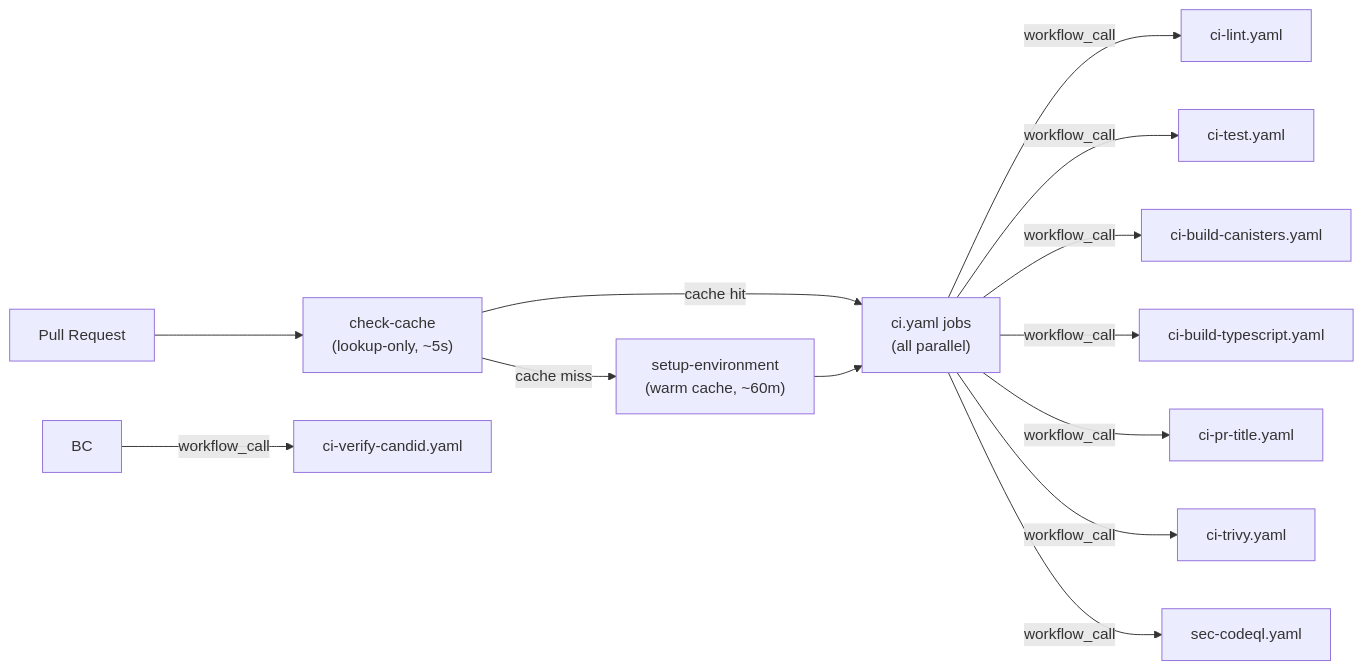
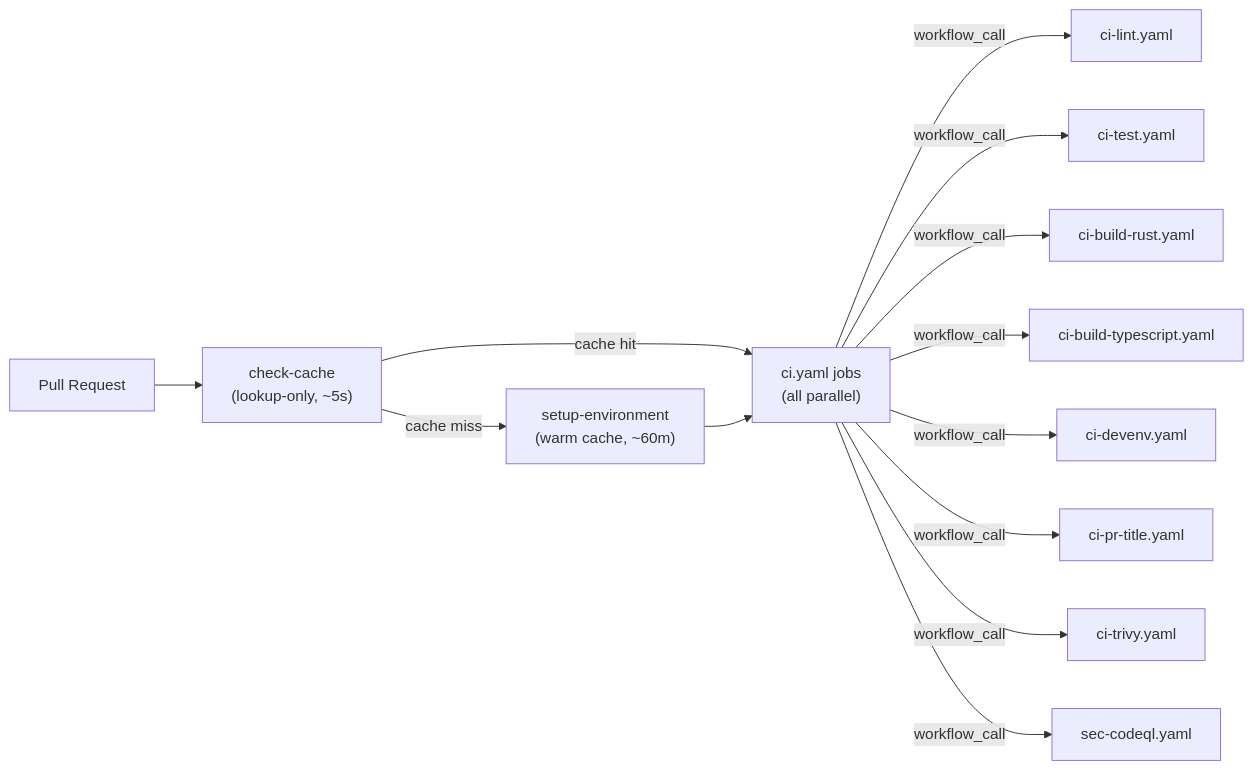
The third of 3 diagrams in docs/ci-cd.md (irken-empire/ic-siwa), drawn with Mermaid before and after one commit. The commit also changed other lines of this file and 10 other files, not shown here.

````diff
--- a/docs/ci-cd.md
+++ b/docs/ci-cd.md
@@ -64,17 +84,17 @@
 ```mermaid
 graph LR
-    PR["Pull Request"] --> CC["check-cache<br/>(lookup-only, ~5s)"]
+    PR["Pull Request"] --> CC["check-cache\n(lookup-only, ~5s)"]
 
-    CC --> |cache hit| CI["ci.yaml jobs<br/>(all parallel)"]
-    CC --> |cache miss| SE["setup-environment<br/>(warm cache, ~60m)"]
+    CC --> |cache hit| CI["ci.yaml jobs\n(all parallel)"]
+    CC --> |cache miss| SE["setup-environment\n(warm cache, ~60m)"]
     SE --> CI
 
     CI --> |workflow_call| CI_LINT["ci-lint.yaml"]
     CI --> |workflow_call| CI_TEST["ci-test.yaml"]
-    CI --> |workflow_call| CI_BUILD_CAN["ci-build-canisters.yaml"]
+    CI --> |workflow_call| CI_BUILD_RUST["ci-build-rust.yaml"]
     CI --> |workflow_call| CI_BUILD_TS["ci-build-typescript.yaml"]
+    CI --> |workflow_call| CI_DEVENV["ci-devenv.yaml"]
     CI --> |workflow_call| CI_PR_TITLE["ci-pr-title.yaml"]
     CI --> |workflow_call| CI_TRIVY["ci-trivy.yaml"]
     CI --> |workflow_call| CI_CODEQL["sec-codeql.yaml"]
-    BC --> |workflow_call| CI_VERIFY_CAN["ci-verify-candid.yaml"]
 ```
````
